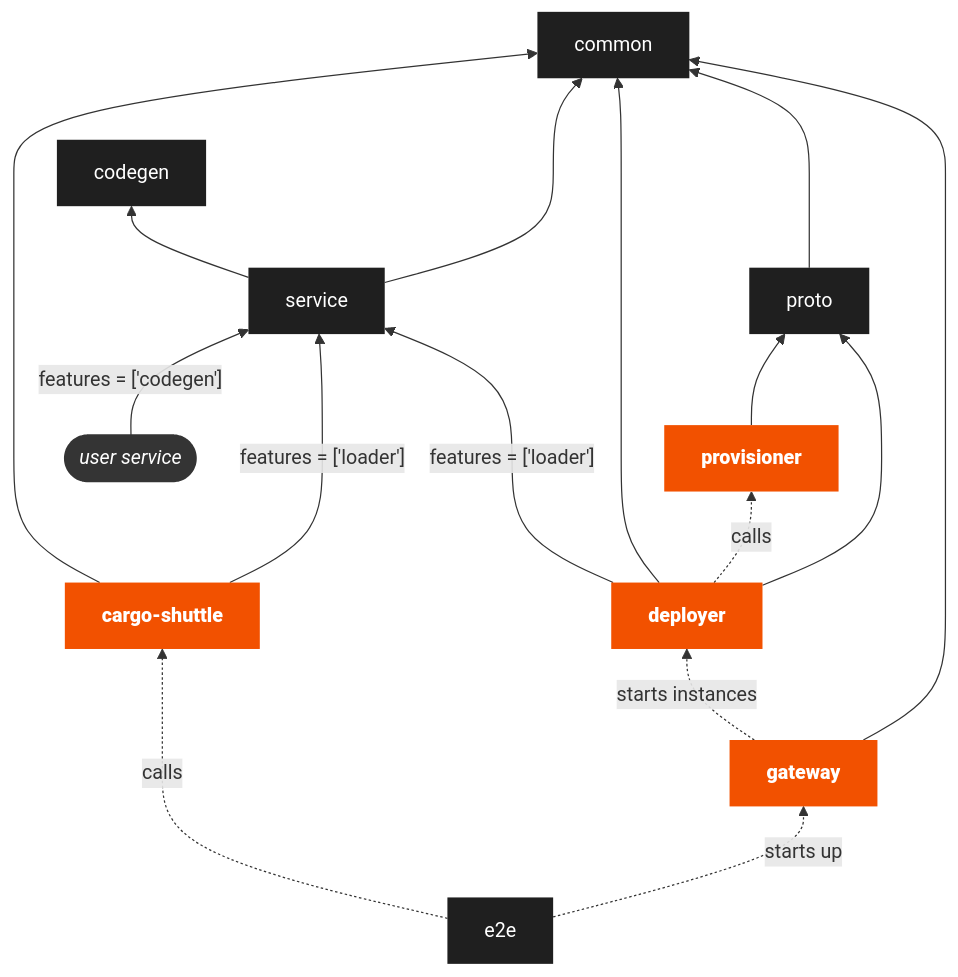
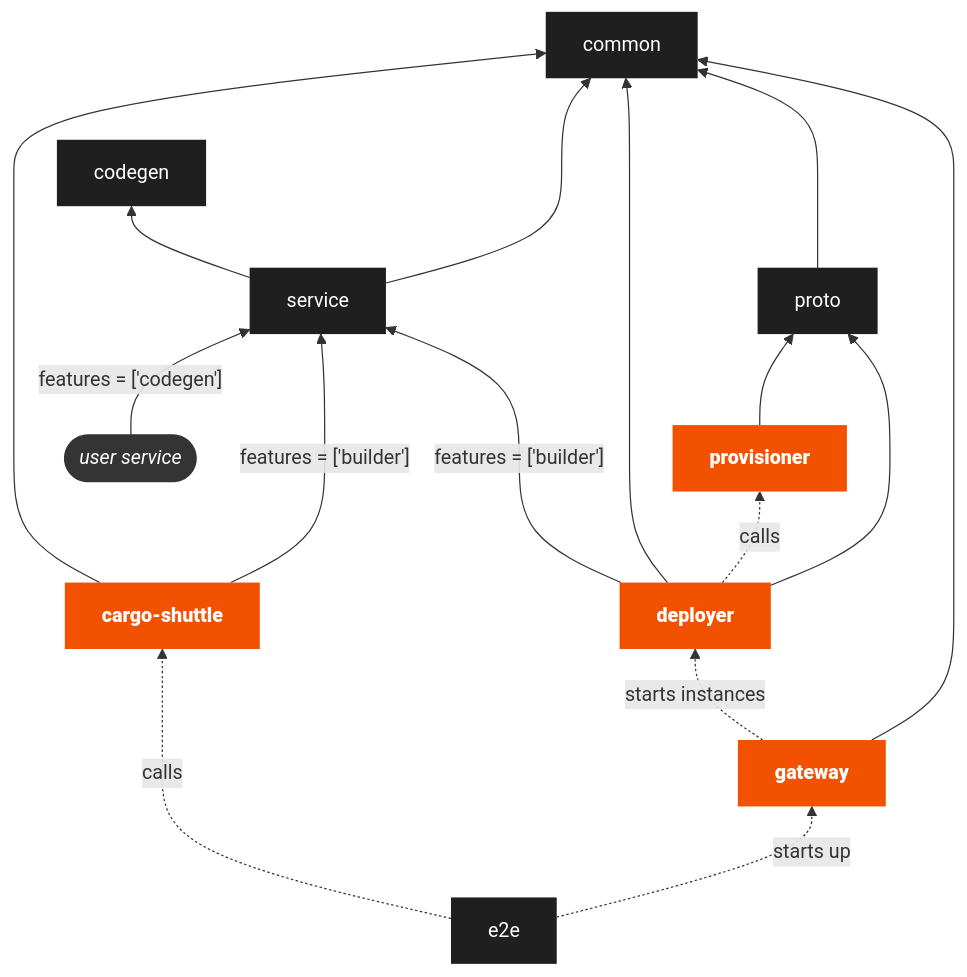
Before and after one commit to shuttle-hq/shuttle: the diagram in CONTRIBUTING.md, drawn with Mermaid. The commit also changed other lines of this file, not shown here.

````diff
--- a/CONTRIBUTING.md
+++ b/CONTRIBUTING.md
@@ -216,32 +216,32 @@
 ```mermaid
 graph BT
     classDef default fill:#1f1f1f,stroke-width:0,color:white;
     classDef binary fill:#f25100,font-weight:bolder,stroke-width:0,color:white;
     classDef external fill:#343434,font-style:italic,stroke:#f25100,color:white;
 
     deployer:::binary
     cargo-shuttle:::binary
     common
     codegen
     e2e
     proto
     provisioner:::binary
     service
     gateway:::binary
     user([user service]):::external
     gateway --> common
     gateway -.->|starts instances| deployer
     deployer --> proto
     deployer -.->|calls| provisioner
     service ---> common
     deployer --> common
-    cargo-shuttle --->|"features = ['loader']"| service
-    deployer -->|"features = ['loader']"| service
+    cargo-shuttle --->|"features = ['builder']"| service
+    deployer -->|"features = ['builder']"| service
     cargo-shuttle --> common
     service --> codegen
     proto ---> common
     provisioner --> proto
     e2e -.->|starts up| gateway
     e2e -.->|calls| cargo-shuttle
     user -->|"features = ['codegen']"| service
 ```
````
